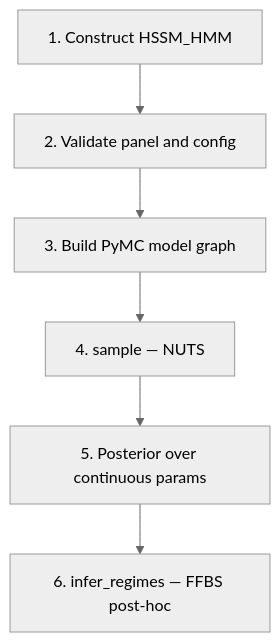
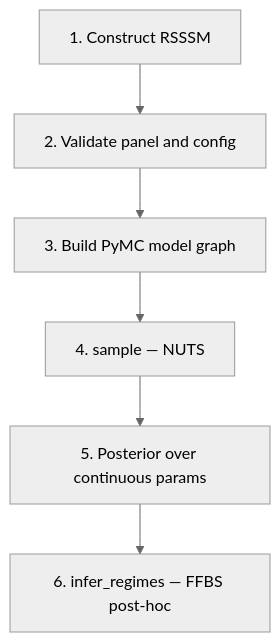
One commit to lnccbrown/HSSM changed the first of 2 diagrams in design/hssm_hmm.md. Above: the diagram before and after it, drawn with Mermaid (neutral theme). The commit also changed other lines of this file and 7 other files, not shown here.

````diff
--- a/design/hssm_hmm.md
+++ b/design/hssm_hmm.md
@@ -319,11 +318,11 @@
 ```mermaid
 flowchart TD
-    A[1. Construct HSSM_HMM]
+    A[1. Construct RSSSM]
     B[2. Validate panel and config]
     C[3. Build PyMC model graph]
     D[4. sample — NUTS]
     E[5. Posterior over continuous params]
     F[6. infer_regimes — FFBS post-hoc]
 
     A --> B --> C --> D --> E --> F
 ```
````
